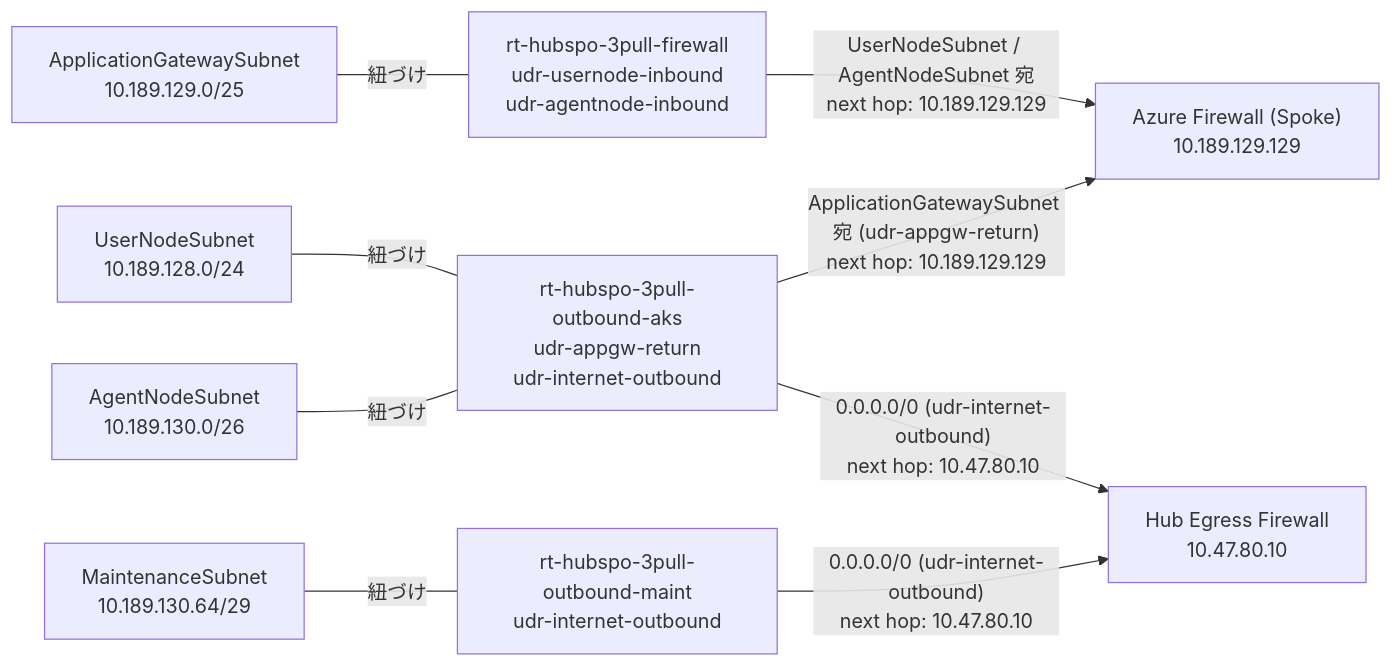
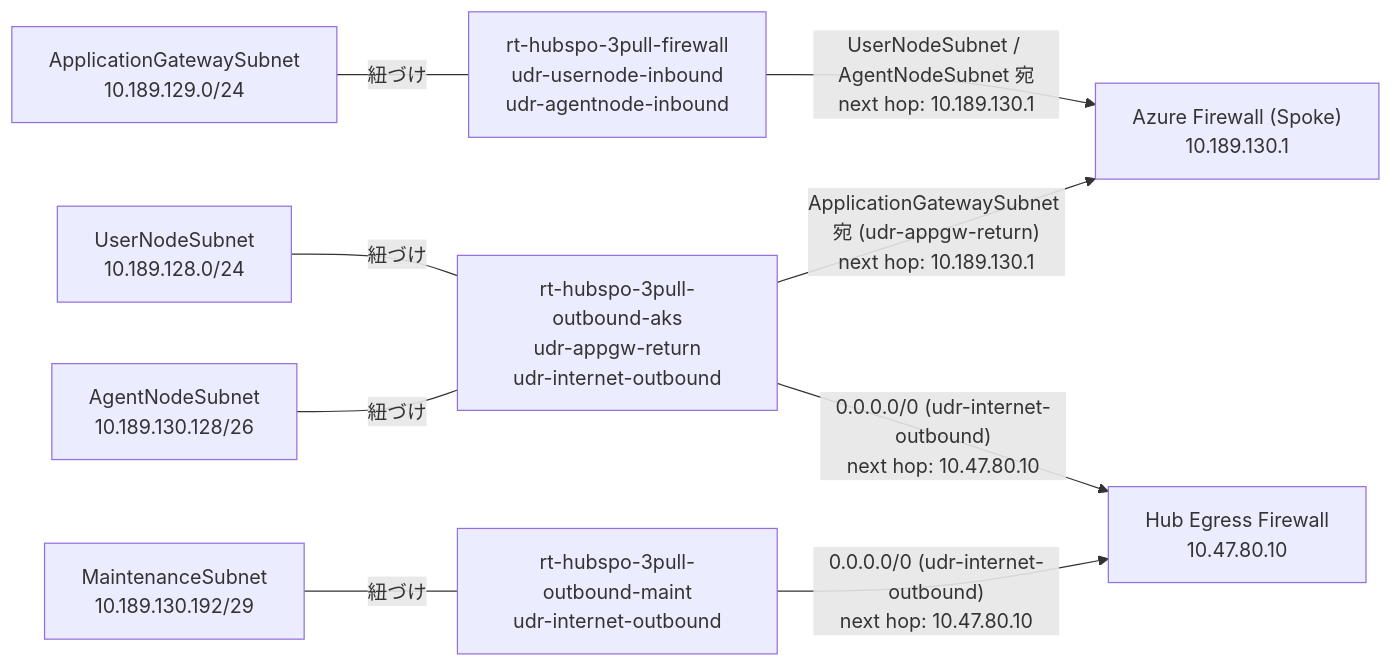
One commit to ioiuea/3pull changed the third of 6 diagrams in infra/README.md. Above: the diagram before and after it, drawn with Mermaid. The commit also changed other lines of this file and 6 other files, not shown here.

````diff
--- a/infra/README.md
+++ b/infra/README.md
@@ -73,23 +73,23 @@
 ```mermaid
 flowchart LR
-  AG["ApplicationGatewaySubnet<br/>10.189.129.0/25"]
+  AG["ApplicationGatewaySubnet<br/>10.189.129.0/24"]
   U["UserNodeSubnet<br/>10.189.128.0/24"]
-  N["AgentNodeSubnet<br/>10.189.130.0/26"]
-  M["MaintenanceSubnet<br/>10.189.130.64/29"]
-  FW["Azure Firewall (Spoke)<br/>10.189.129.129"]
+  N["AgentNodeSubnet<br/>10.189.130.128/26"]
+  M["MaintenanceSubnet<br/>10.189.130.192/29"]
+  FW["Azure Firewall (Spoke)<br/>10.189.130.1"]
   HUB["Hub Egress Firewall<br/>10.47.80.10"]
 
   RTFW["rt-hubspo-3pull-firewall<br/>udr-usernode-inbound<br/>udr-agentnode-inbound"]
   RTAKS["rt-hubspo-3pull-outbound-aks<br/>udr-appgw-return<br/>udr-internet-outbound"]
   RTM["rt-hubspo-3pull-outbound-maint<br/>udr-internet-outbound"]
 
   AG ---|"紐づけ"| RTFW
   U ---|"紐づけ"| RTAKS
   N ---|"紐づけ"| RTAKS
   M ---|"紐づけ"| RTM
 
-  RTFW -->|"UserNodeSubnet / AgentNodeSubnet 宛<br/>next hop: 10.189.129.129"| FW
-  RTAKS -->|"ApplicationGatewaySubnet 宛 (udr-appgw-return)<br/>next hop: 10.189.129.129"| FW
+  RTFW -->|"UserNodeSubnet / AgentNodeSubnet 宛<br/>next hop: 10.189.130.1"| FW
+  RTAKS -->|"ApplicationGatewaySubnet 宛 (udr-appgw-return)<br/>next hop: 10.189.130.1"| FW
   RTAKS -->|"0.0.0.0/0 (udr-internet-outbound)<br/>next hop: 10.47.80.10"| HUB
   RTM -->|"0.0.0.0/0 (udr-internet-outbound)<br/>next hop: 10.47.80.10"| HUB
 ```
````
